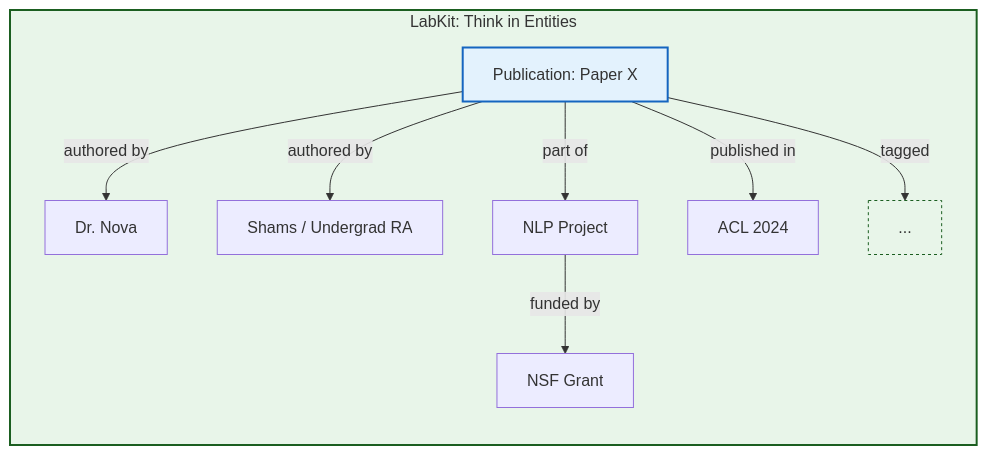
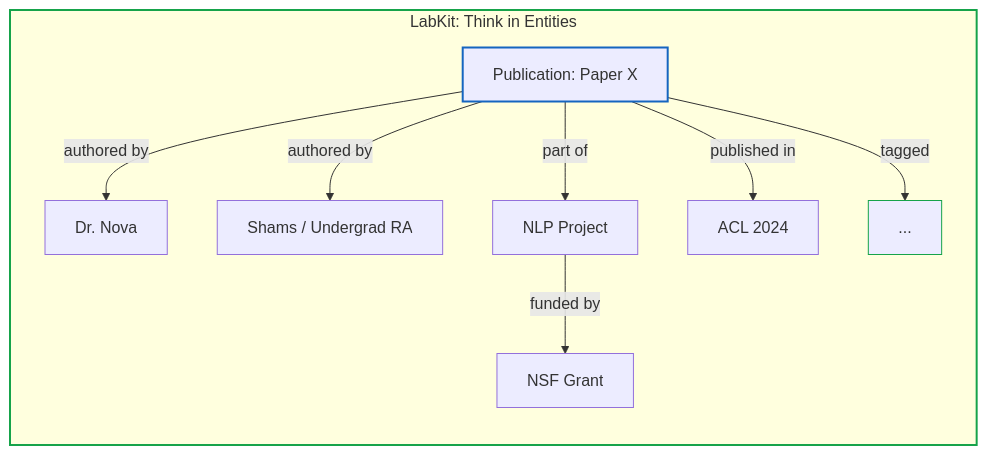
The fifth of 5 diagrams in content/docs/projects/research-lab.mdx (uzayer/masterdoc-fumadocs), drawn with Mermaid before and after one commit. The commit also changed other lines of this file and 3 other files, not shown here.

First line of the commit message:
feat(layout): timeline steps for history, adaptive mermaid theming

````diff
--- a/content/docs/projects/research-lab.mdx
+++ b/content/docs/projects/research-lab.mdx
@@ -189,16 +188,16 @@
 ```mermaid
 flowchart LR
     subgraph RKOP ["LabKit: Think in Entities"]
         direction TB
         PUB[Publication: Paper X]
         PUB -->|authored by| PI[Dr. Nova]
         PUB -->|authored by| RA[Shams / Undergrad RA]
         PUB -->|part of| PROJ[NLP Project]
         PUB -->|published in| VENUE[ACL 2024]
         PUB -->|tagged| MORE["..."]
         PROJ -->|funded by| GRANT[NSF Grant]
-        style PUB fill:#e3f2fd,stroke:#1565c0,stroke-width:2px
-        style MORE fill:#e8f5e9,stroke:#1b5e20,stroke-dasharray: 3 3
-        style RKOP fill:#e8f5e9,stroke:#1b5e20,stroke-width:2px
+        style PUB stroke:#1565c0,stroke-width:2px
+        style MORE stroke:#16a34a
+        style RKOP stroke:#16a34a,stroke-width:2px
     end
 ```
````
